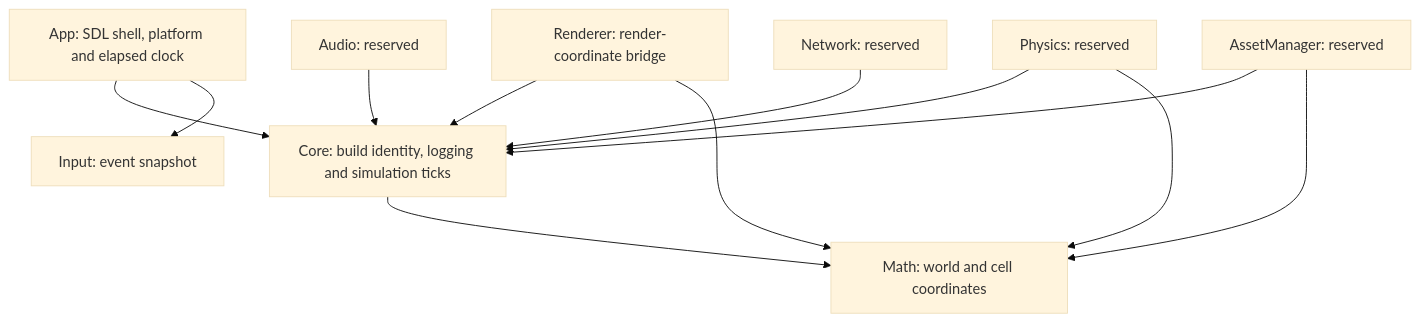
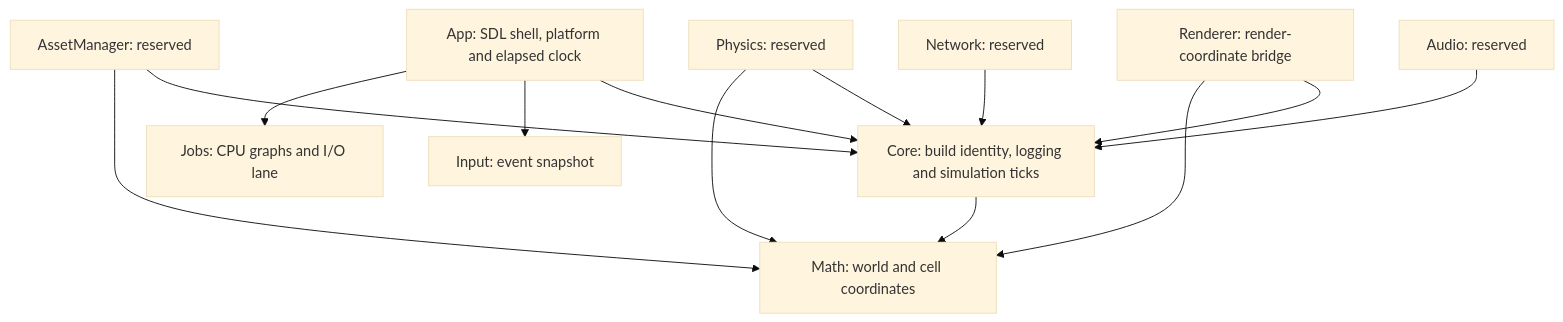
Before and after one commit to HellUponEarth/WiseEngine: the diagram in docs/ARCHITECTURE.md, drawn with Mermaid (base theme). The commit also changed other lines of this file and 11 other files, not shown here.

````diff
--- a/docs/ARCHITECTURE.md
+++ b/docs/ARCHITECTURE.md
@@ -7,14 +7,15 @@
 ```mermaid
 flowchart TD
     App[App: SDL shell, platform and elapsed clock] --> Core[Core: build identity, logging and simulation ticks]
     Core --> Math[Math: world and cell coordinates]
     Renderer[Renderer: render-coordinate bridge] --> Core
     Renderer --> Math
     Physics[Physics: reserved] --> Core
     Physics --> Math
     Audio[Audio: reserved] --> Core
     App --> Input[Input: event snapshot]
+    App --> Jobs[Jobs: CPU graphs and I/O lane]
     Network[Network: reserved] --> Core
     AssetManager[AssetManager: reserved] --> Core
     AssetManager --> Math
 ```
````
